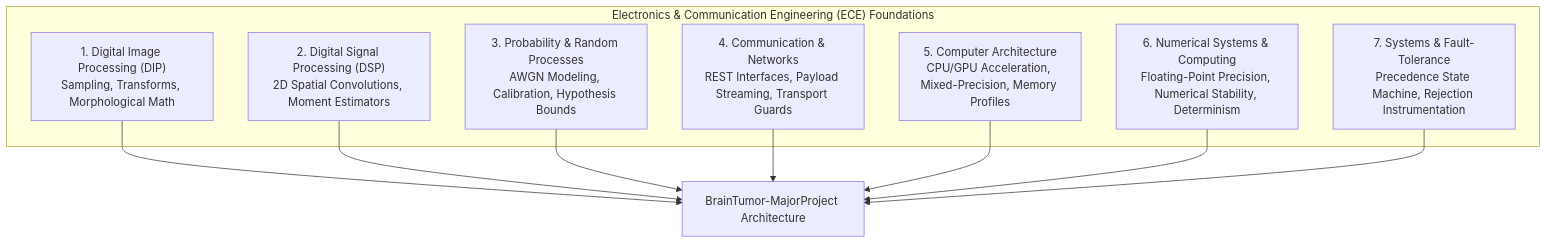
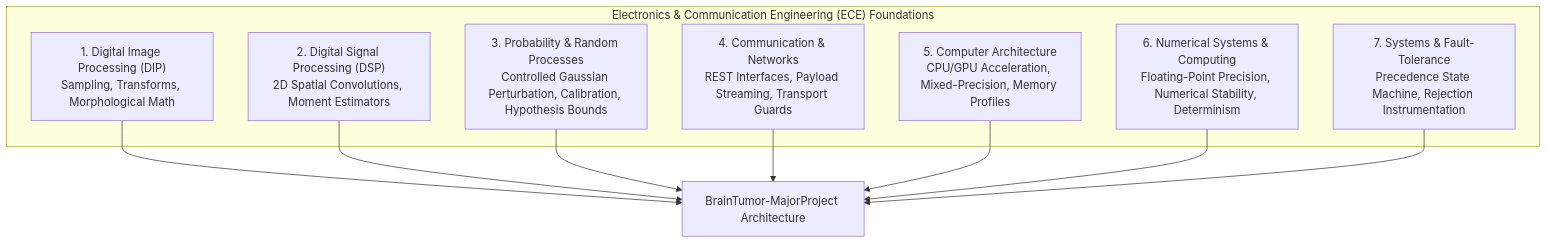
Diagram 22 of 22 in docs/architecture/system_architecture_specification.md (NeutronZero/BrainTumor-MajorProject), drawn with Mermaid before and after one commit. The commit also changed other lines of this file and 1 other file, not shown here.

````diff
--- a/docs/architecture/system_architecture_specification.md
+++ b/docs/architecture/system_architecture_specification.md
@@ -1342,14 +1344,14 @@
 ```mermaid
 flowchart TD
     subgraph ECE["Electronics & Communication Engineering (ECE) Foundations"]
         DIP["1. Digital Image Processing (DIP)<br/>Sampling, Transforms, Morphological Math"]
         DSP["2. Digital Signal Processing (DSP)<br/>2D Spatial Convolutions, Moment Estimators"]
-        PRP["3. Probability & Random Processes<br/>AWGN Modeling, Calibration, Hypothesis Bounds"]
+        PRP["3. Probability & Random Processes<br/>Controlled Gaussian Perturbation, Calibration, Hypothesis Bounds"]
         COM["4. Communication & Networks<br/>REST Interfaces, Payload Streaming, Transport Guards"]
         ARCH["5. Computer Architecture<br/>CPU/GPU Acceleration, Mixed-Precision, Memory Profiles"]
         NUM["6. Numerical Systems & Computing<br/>Floating-Point Precision, Numerical Stability, Determinism"]
         SYS["7. Systems & Fault-Tolerance<br/>Precedence State Machine, Rejection Instrumentation"]
     end
     
     DIP & DSP & PRP & COM & ARCH & NUM & SYS --> PLATFORM["BrainTumor-MajorProject Architecture"]
 ```
````
